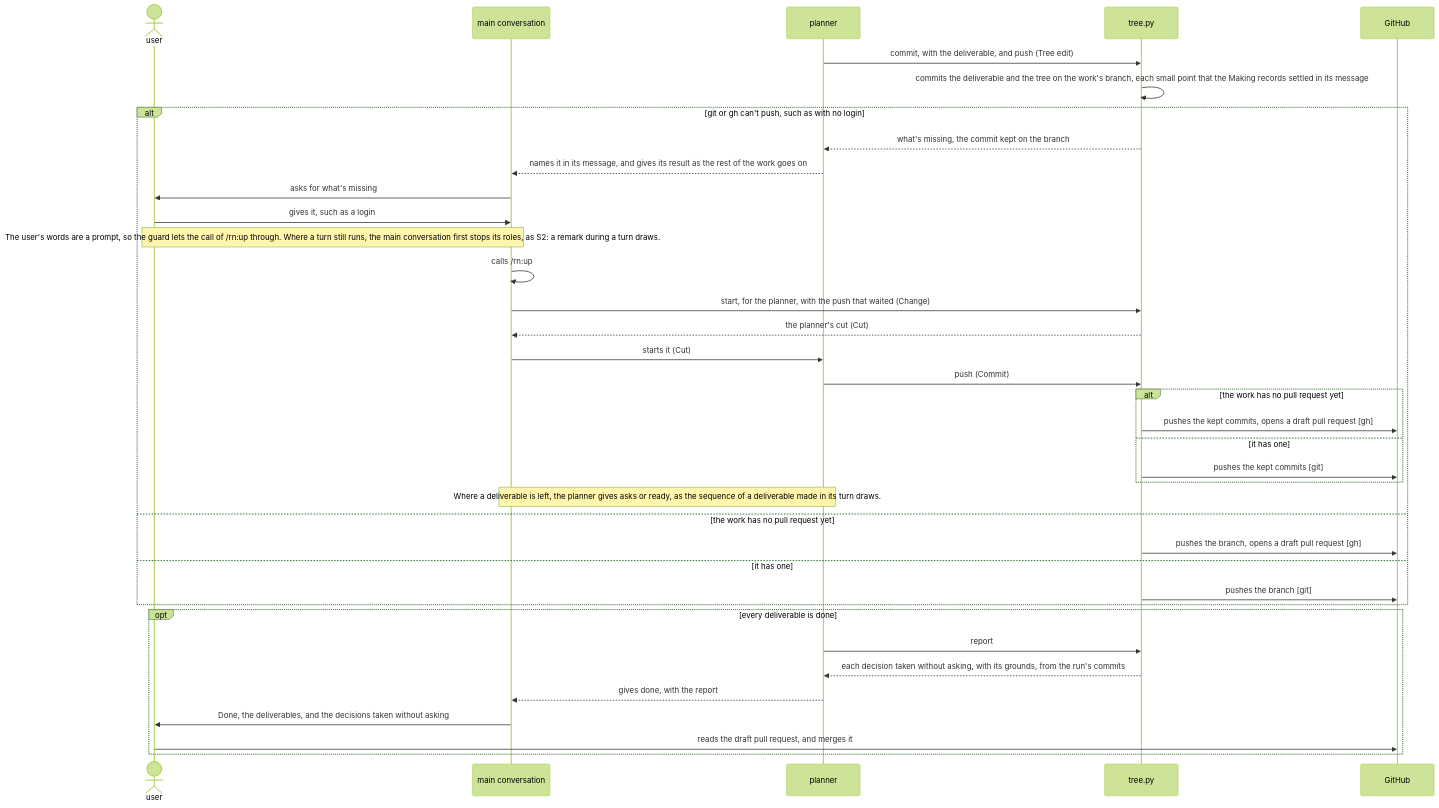
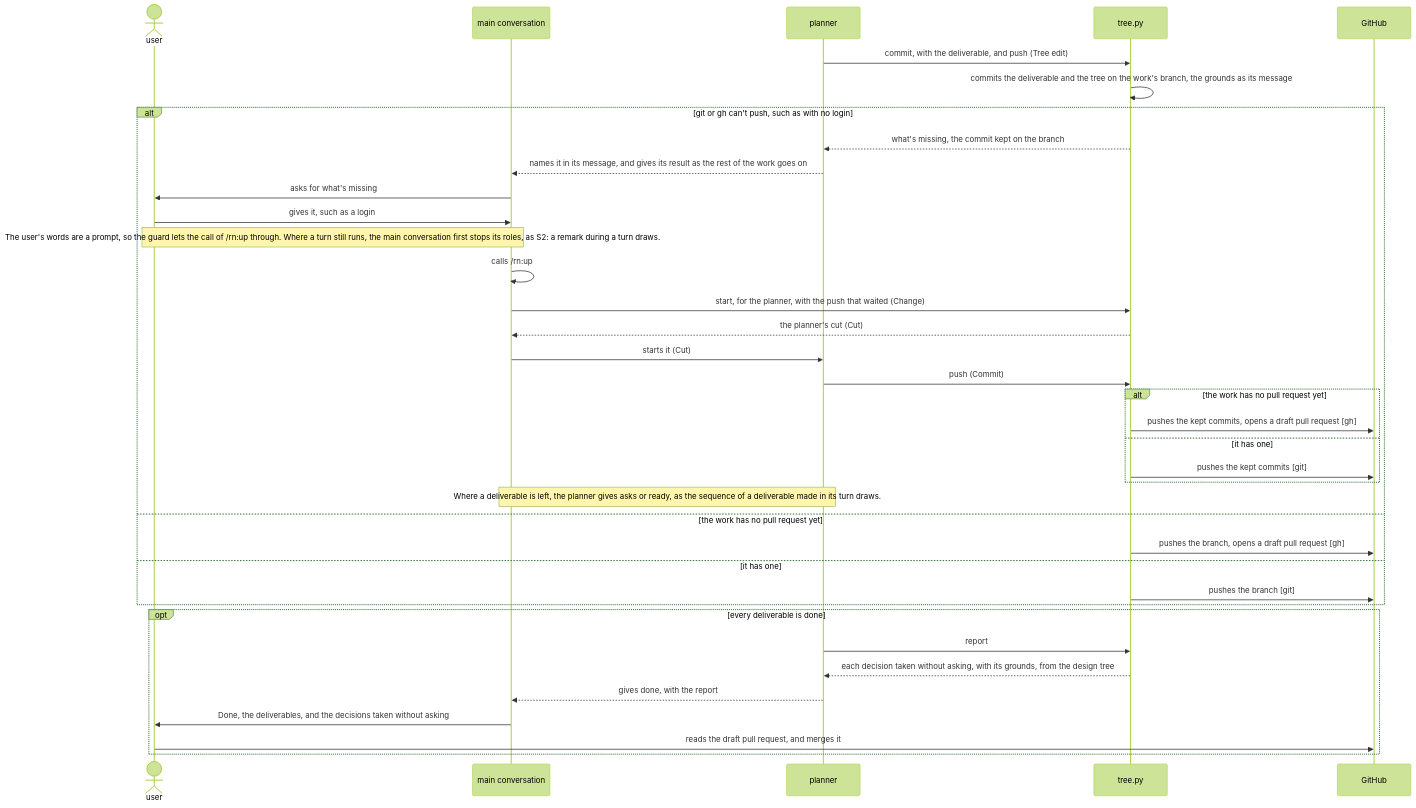
Before and after one commit to lovaizu/ccpm: the sixth of 6 diagrams in dev/rn/architecture.md, drawn with Mermaid (forest theme). The commit also changed other lines of this file and 2 other files, not shown here.

````diff
--- a/dev/rn/architecture.md
+++ b/dev/rn/architecture.md
@@ -710,39 +712,39 @@
 ```mermaid
 sequenceDiagram
   actor U as user
   participant M as main conversation
   participant P as planner
   participant T as tree.py
   participant GH as GitHub
   P->>T: commit, with the deliverable, and push (Tree edit)
-  T->>T: commits the deliverable and the tree on the work's branch, each small point that the Making records settled in its message
+  T->>T: commits the deliverable and the tree on the work's branch, the grounds as its message
   alt git or gh can't push, such as with no login
     T-->>P: what's missing, the commit kept on the branch
     P-->>M: names it in its message, and gives its result as the rest of the work goes on
     M->>U: asks for what's missing
     U->>M: gives it, such as a login
     Note over U,M: The user's words are a prompt, so the guard lets the call of /rn:up through. Where a turn still runs, the main conversation first stops its roles, as S2: a remark during a turn draws.
     M->>M: calls /rn:up
     M->>T: start, for the planner, with the push that waited (Change)
     T-->>M: the planner's cut (Cut)
     M->>P: starts it (Cut)
     P->>T: push (Commit)
     alt the work has no pull request yet
       T->>GH: pushes the kept commits, opens a draft pull request [gh]
     else it has one
       T->>GH: pushes the kept commits [git]
     end
     Note over M,P: Where a deliverable is left, the planner gives asks or ready, as the sequence of a deliverable made in its turn draws.
   else the work has no pull request yet
     T->>GH: pushes the branch, opens a draft pull request [gh]
   else it has one
     T->>GH: pushes the branch [git]
   end
   opt every deliverable is done
     P->>T: report
-    T-->>P: each decision taken without asking, with its grounds, from the run's commits
+    T-->>P: each decision taken without asking, with its grounds, from the design tree
     P-->>M: gives done, with the report
     M->>U: Done, the deliverables, and the decisions taken without asking
     U->>GH: reads the draft pull request, and merges it
   end
 ```
````
